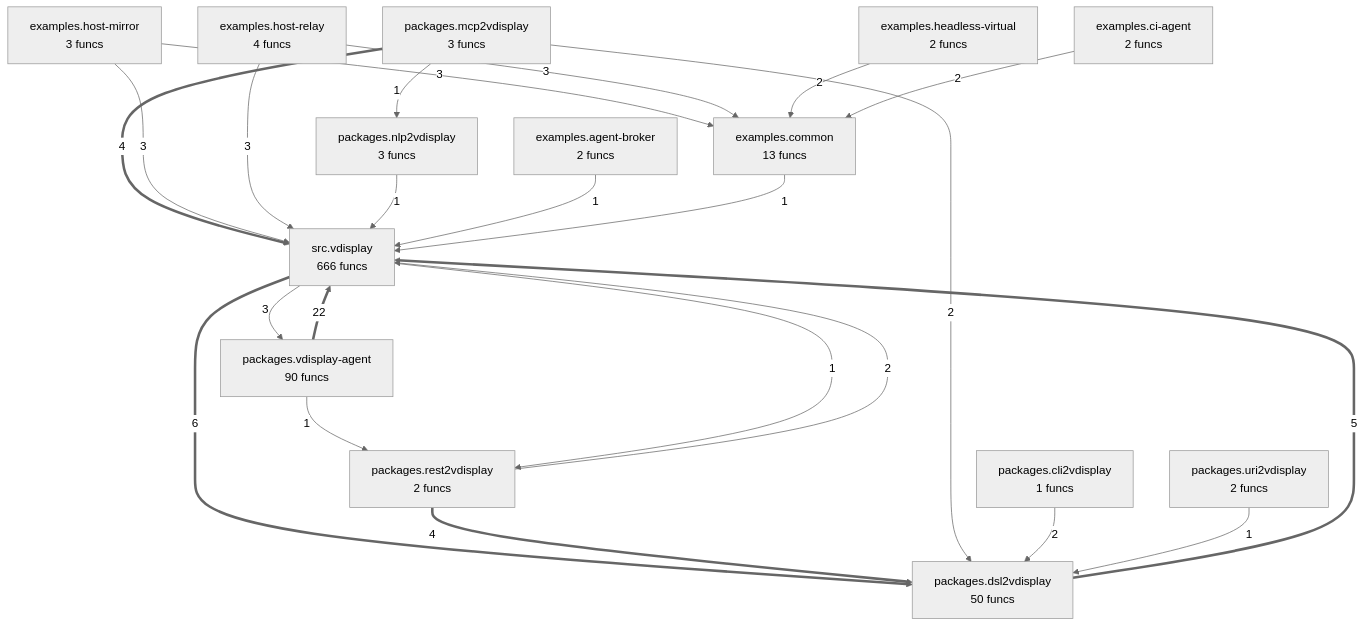
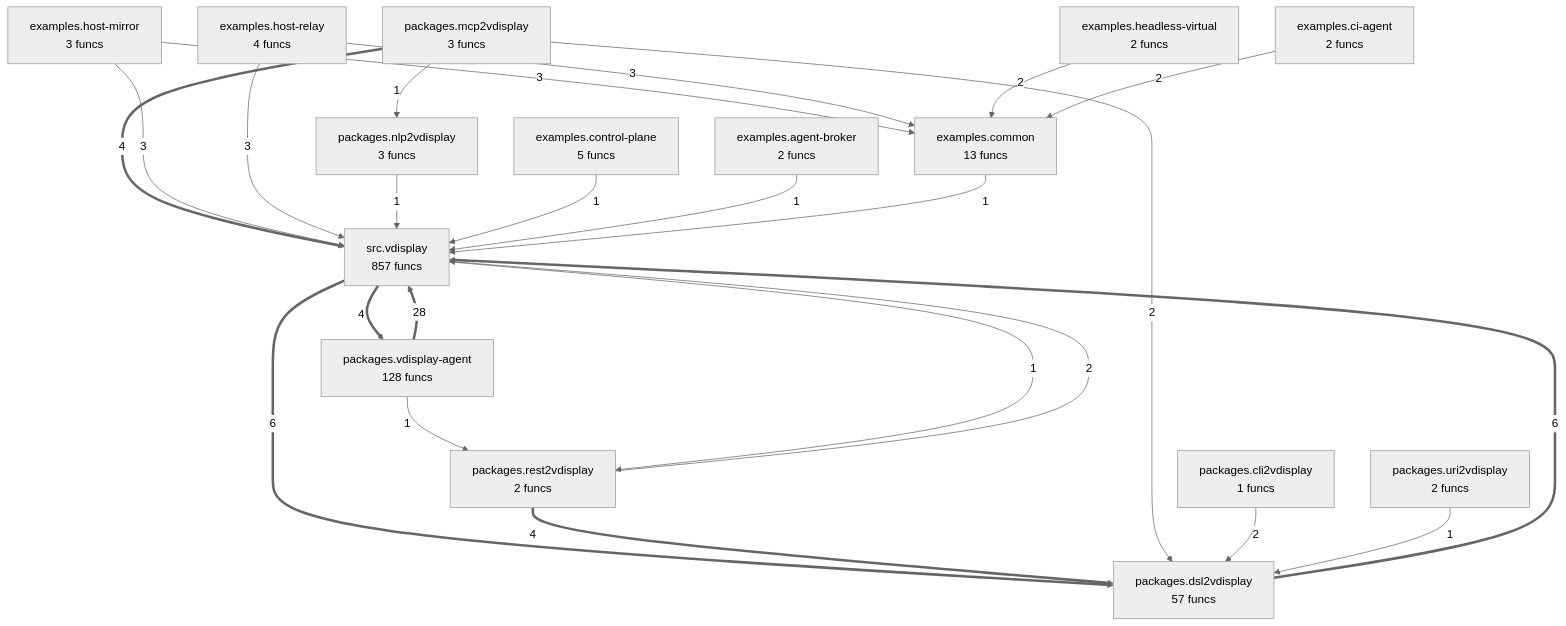
Before and after one commit to wronai/vdisplay: the diagram in project/compact_flow.mmd, drawn with Mermaid (neutral theme). The commit also changed 132 other files, not shown here.

```diff
--- a/project/compact_flow.mmd
+++ b/project/compact_flow.mmd
@@ -1,38 +1,40 @@
 flowchart TD
-%% generated in 0.03s
+%% generated in 0.10s
     examples__agent_broker["examples.agent-broker<br/>2 funcs"]
     examples__ci_agent["examples.ci-agent<br/>2 funcs"]
     examples__common["examples.common<br/>13 funcs"]
+    examples__control_plane["examples.control-plane<br/>5 funcs"]
     examples__headless_virtual["examples.headless-virtual<br/>2 funcs"]
     examples__host_mirror["examples.host-mirror<br/>3 funcs"]
     examples__host_relay["examples.host-relay<br/>4 funcs"]
     packages__cli2vdisplay["packages.cli2vdisplay<br/>1 funcs"]
-    packages__dsl2vdisplay["packages.dsl2vdisplay<br/>50 funcs"]
+    packages__dsl2vdisplay["packages.dsl2vdisplay<br/>57 funcs"]
     packages__mcp2vdisplay["packages.mcp2vdisplay<br/>3 funcs"]
     packages__nlp2vdisplay["packages.nlp2vdisplay<br/>3 funcs"]
     packages__rest2vdisplay["packages.rest2vdisplay<br/>2 funcs"]
     packages__uri2vdisplay["packages.uri2vdisplay<br/>2 funcs"]
-    packages__vdisplay_agent["packages.vdisplay-agent<br/>90 funcs"]
-    src__vdisplay["src.vdisplay<br/>666 funcs"]
-    packages__vdisplay_agent ==>|22| src__vdisplay
+    packages__vdisplay_agent["packages.vdisplay-agent<br/>128 funcs"]
+    src__vdisplay["src.vdisplay<br/>857 funcs"]
+    packages__vdisplay_agent ==>|28| src__vdisplay
+    packages__dsl2vdisplay ==>|6| src__vdisplay
     src__vdisplay ==>|6| packages__dsl2vdisplay
-    packages__dsl2vdisplay ==>|5| src__vdisplay
     packages__mcp2vdisplay ==>|4| src__vdisplay
     packages__rest2vdisplay ==>|4| packages__dsl2vdisplay
+    src__vdisplay ==>|4| packages__vdisplay_agent
     examples__host_mirror -->|3| src__vdisplay
     examples__host_mirror -->|3| examples__common
     examples__host_relay -->|3| src__vdisplay
     examples__host_relay -->|3| examples__common
-    src__vdisplay -->|3| packages__vdisplay_agent
     packages__mcp2vdisplay -->|2| packages__dsl2vdisplay
     packages__cli2vdisplay -->|2| packages__dsl2vdisplay
     packages__rest2vdisplay -->|2| src__vdisplay
     examples__headless_virtual -->|2| examples__common
     examples__ci_agent -->|2| examples__common
     packages__mcp2vdisplay -->|1| packages__nlp2vdisplay
     packages__uri2vdisplay -->|1| packages__dsl2vdisplay
     packages__nlp2vdisplay -->|1| src__vdisplay
     packages__vdisplay_agent -->|1| packages__rest2vdisplay
+    examples__control_plane -->|1| src__vdisplay
     examples__agent_broker -->|1| src__vdisplay
     examples__common -->|1| src__vdisplay
     src__vdisplay -->|1| packages__rest2vdisplay
```
